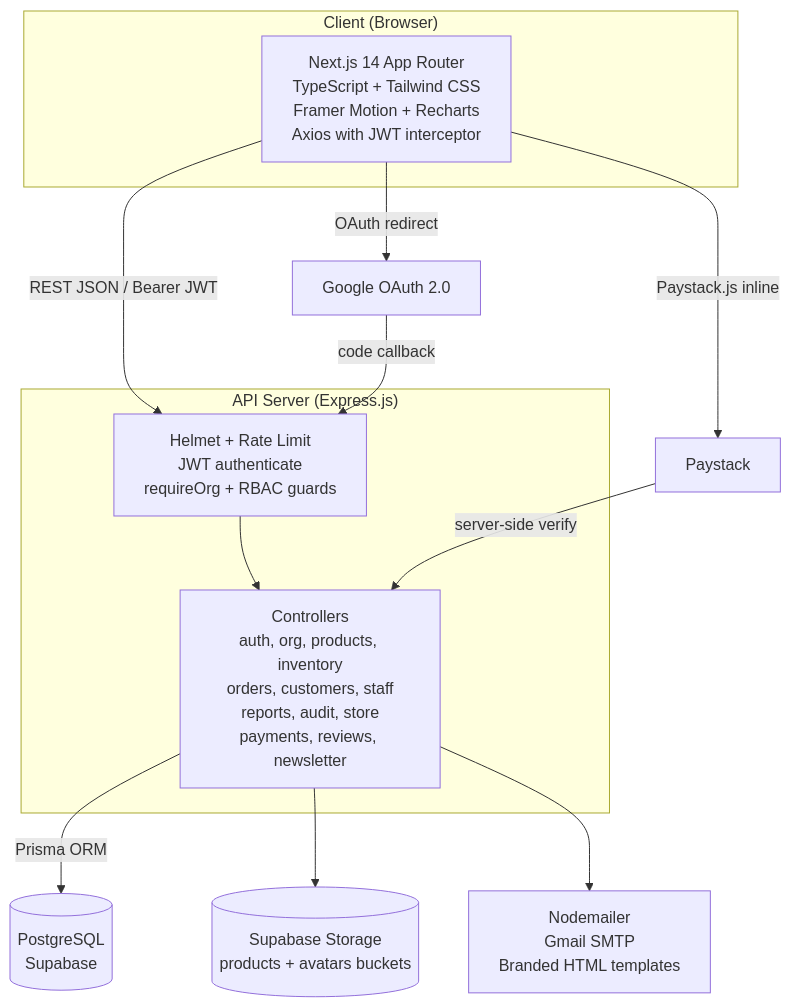
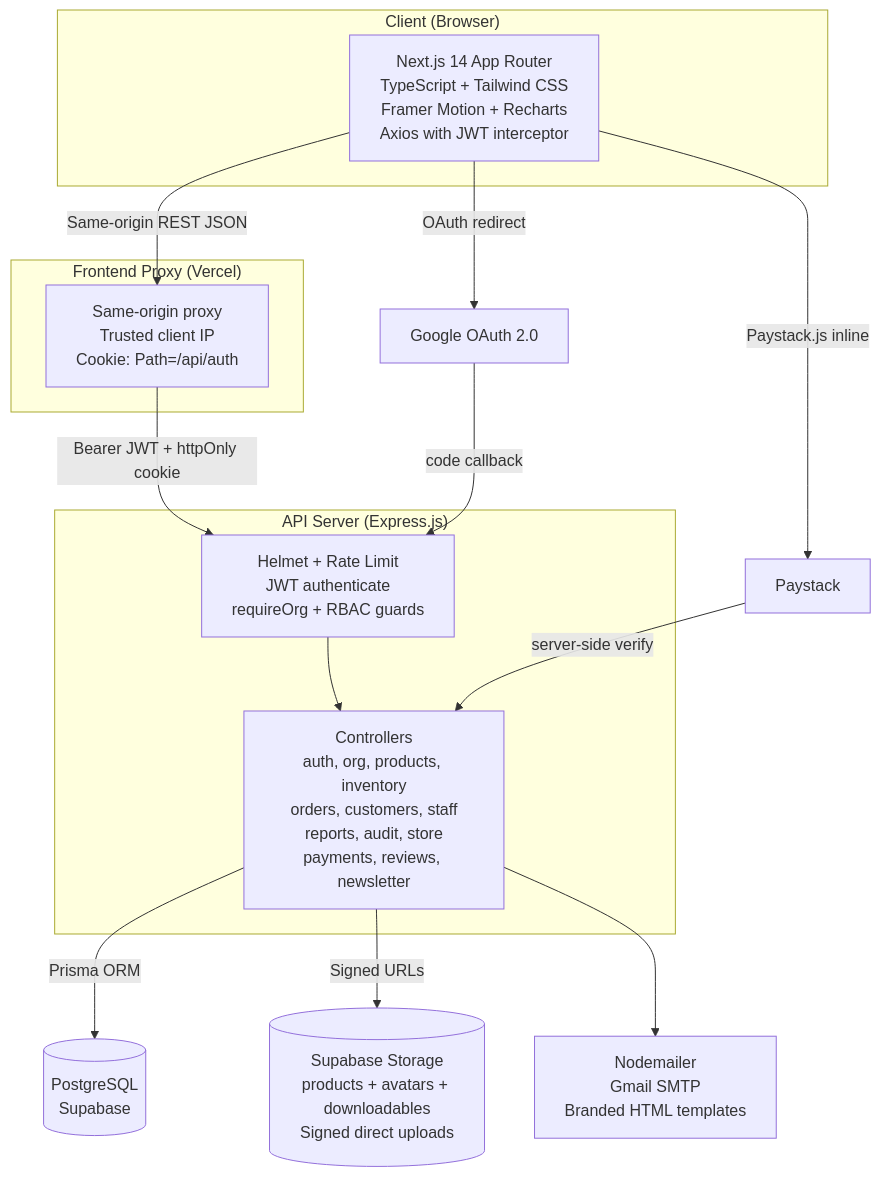
One commit to oyedokunken/traqify changed the first of 15 diagrams in README.md. Above: the diagram before and after it, drawn with Mermaid. The commit also changed other lines of this file and 6 other files, not shown here.

````diff
--- a/README.md
+++ b/README.md
@@ -57,27 +57,32 @@
 ```mermaid
 graph TB
     subgraph Client["Client (Browser)"]
         FE["Next.js 14 App Router<br/>TypeScript + Tailwind CSS<br/>Framer Motion + Recharts<br/>Axios with JWT interceptor"]
+    end
+
+    subgraph FrontendProxy["Frontend Proxy (Vercel)"]
+        PROXY["Same-origin proxy<br/>Trusted client IP<br/>Cookie: Path=/api/auth"]
     end
 
     subgraph Server["API Server (Express.js)"]
         MW["Helmet + Rate Limit<br/>JWT authenticate<br/>requireOrg + RBAC guards"]
         CTRL["Controllers<br/>auth, org, products, inventory<br/>orders, customers, staff<br/>reports, audit, store<br/>payments, reviews, newsletter"]
         MW --> CTRL
     end
 
     PG[("PostgreSQL<br/>Supabase")]
-    S3[("Supabase Storage<br/>products + avatars buckets")]
+    S3[("Supabase Storage<br/>products + avatars + downloadables<br/>Signed direct uploads")]
     MAIL["Nodemailer<br/>Gmail SMTP<br/>Branded HTML templates"]
     GOAUTH["Google OAuth 2.0"]
     PAY["Paystack"]
 
-    FE -->|"REST JSON / Bearer JWT"| MW
+    FE -->|"Same-origin REST JSON"| PROXY
+    PROXY -->|"Bearer JWT + httpOnly cookie"| MW
     CTRL -->|"Prisma ORM"| PG
-    CTRL --> S3
+    CTRL -->|"Signed URLs"| S3
     CTRL --> MAIL
     FE -->|"OAuth redirect"| GOAUTH
     GOAUTH -->|"code callback"| MW
     FE -->|"Paystack.js inline"| PAY
     PAY -->|"server-side verify"| CTRL
 ```
````
